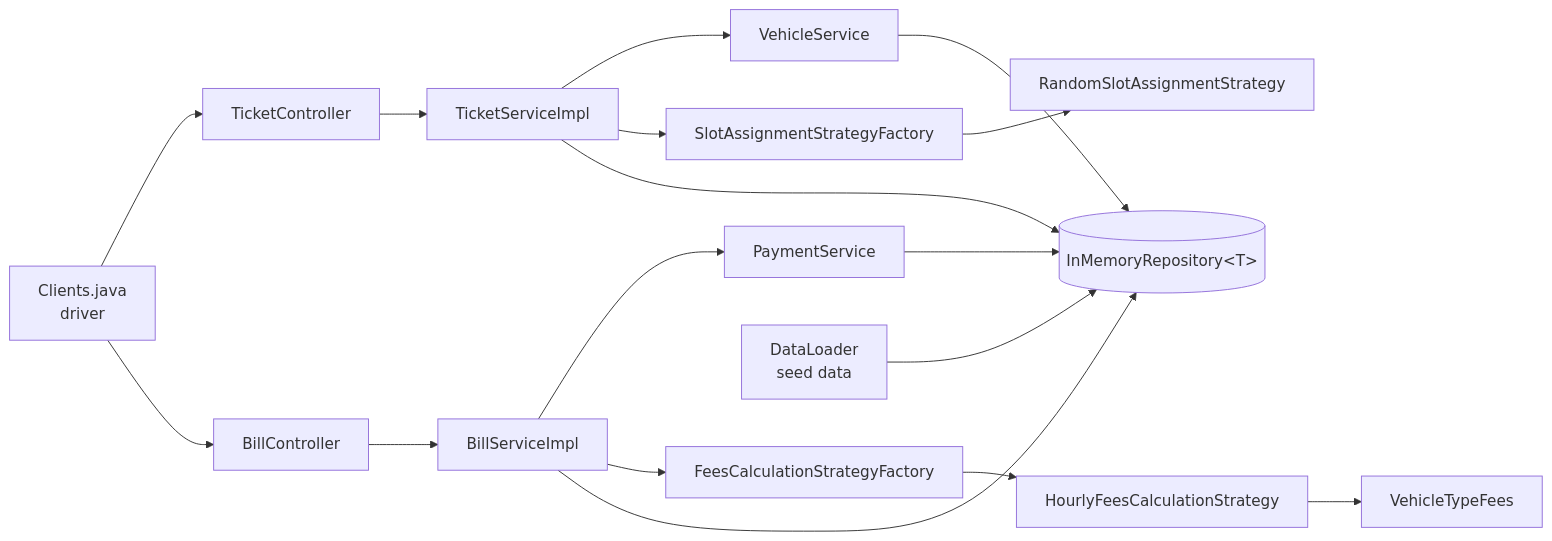
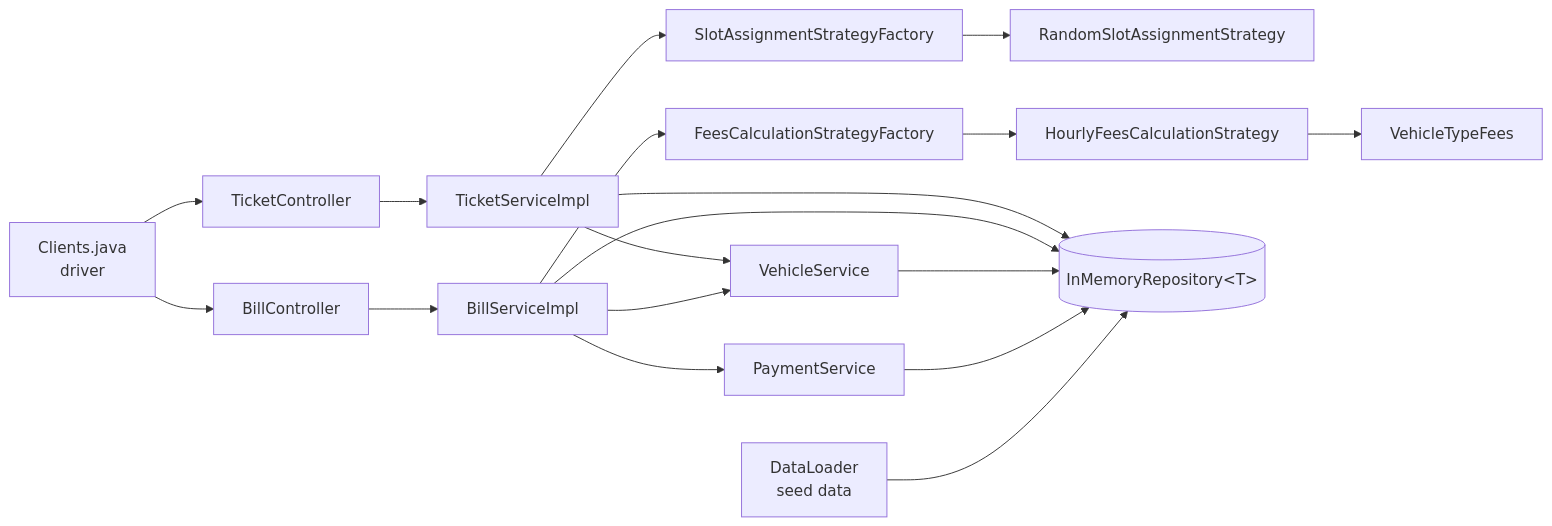
The first of 3 diagrams in src/main/java/learn/pakinglot/README.md (SumitP2500/LearnLLD), drawn with Mermaid before and after one commit. The commit also changed other lines of this file and 9 other files, not shown here.

````diff
--- a/src/main/java/learn/pakinglot/README.md
+++ b/src/main/java/learn/pakinglot/README.md
@@ -22,19 +22,20 @@
 ```mermaid
 flowchart LR
     C[Clients.java<br/>driver] --> TC[TicketController]
     C --> BC[BillController]
     TC --> TS[TicketServiceImpl]
     BC --> BS[BillServiceImpl]
     TS --> VS[VehicleService]
     BS --> PS[PaymentService]
+    BS --> VS
     TS --> SF[SlotAssignmentStrategyFactory]
     SF --> RS[RandomSlotAssignmentStrategy]
     BS --> FF[FeesCalculationStrategyFactory]
     FF --> HS[HourlyFeesCalculationStrategy]
     HS --> VF[VehicleTypeFees]
     TS --> R[(InMemoryRepository&lt;T&gt;)]
     BS --> R
     VS --> R
     PS --> R
     DL[DataLoader<br/>seed data] --> R
 ```
````
